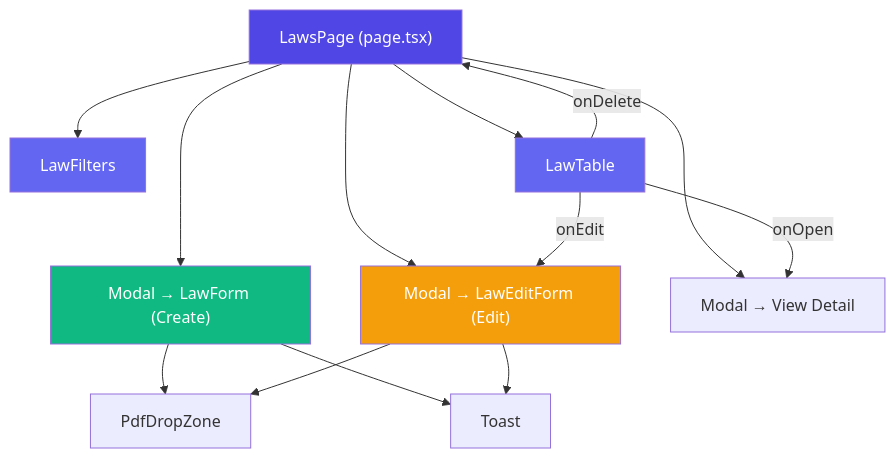
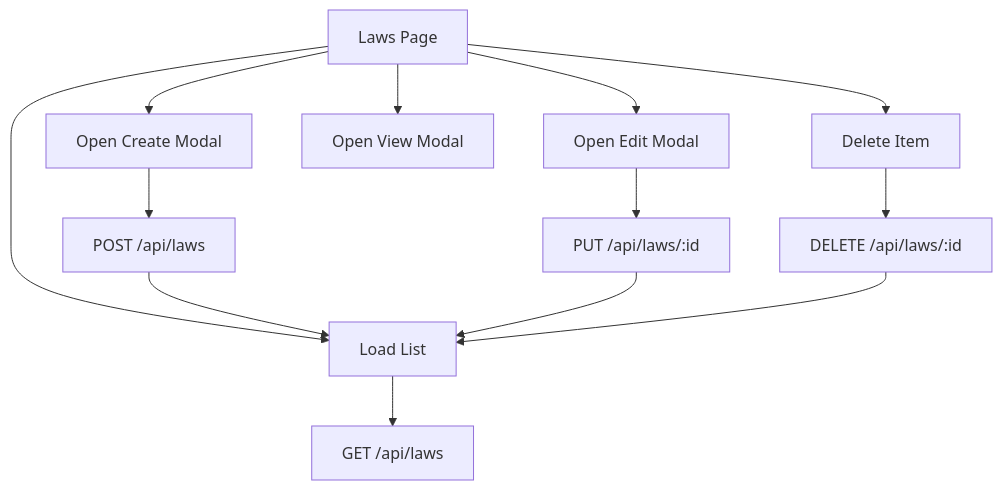
Before and after one commit to sereyvathna21/Content_Management_System: the diagram in Admin/law_management_flow.md, drawn with Mermaid. The commit also changed other lines of this file and 19 other files, not shown here.

Commit message:
Building a Notification for Law when create or delete law

````diff
--- a/Admin/law_management_flow.md
+++ b/Admin/law_management_flow.md
@@ -11,23 +31,17 @@
 ```mermaid
 graph TD
-    A["LawsPage (page.tsx)"] --> B["LawFilters"]
-    A --> C["LawTable"]
-    A --> D["Modal → LawForm (Create)"]
-    A --> E["Modal → LawEditForm (Edit)"]
-    A --> F["Modal → View Detail"]
+    A[Laws Page] --> B[Load List]
+    A --> C[Open Create Modal]
+    A --> D[Open Edit Modal]
+    A --> E[Open View Modal]
+    A --> F[Delete Item]
 
-    D --> G["PdfDropZone"]
-    D --> H["Toast"]
-    E --> G
-    E --> H
+    B --> G[GET /api/laws]
+    C --> H[POST /api/laws]
+    D --> I[PUT /api/laws/:id]
+    F --> J[DELETE /api/laws/:id]
 
-    C -->|onOpen| F
-    C -->|onEdit| E
-    C -->|onDelete| A
-
-    style A fill:#4F46E5,color:#fff
-    style B fill:#6366F1,color:#fff
-    style C fill:#6366F1,color:#fff
-    style D fill:#10B981,color:#fff
-    style E fill:#F59E0B,color:#fff
+    H --> B
+    I --> B
+    J --> B
 ```
````
